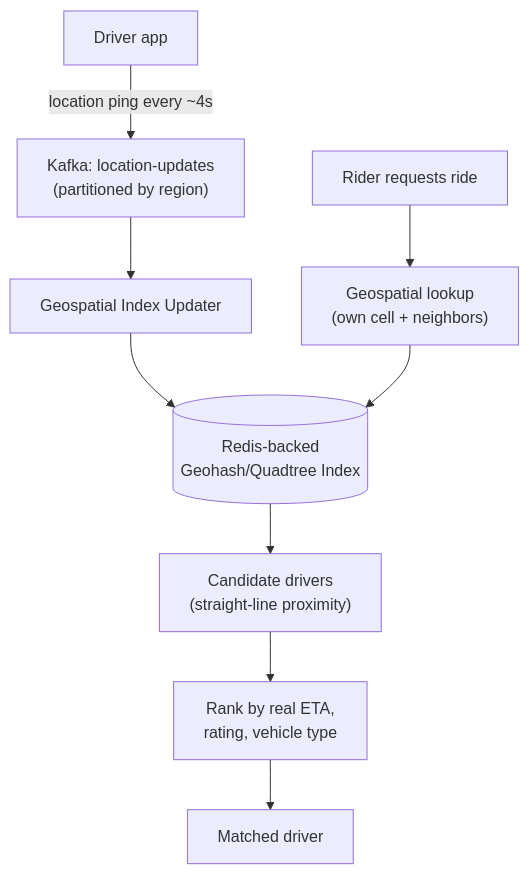
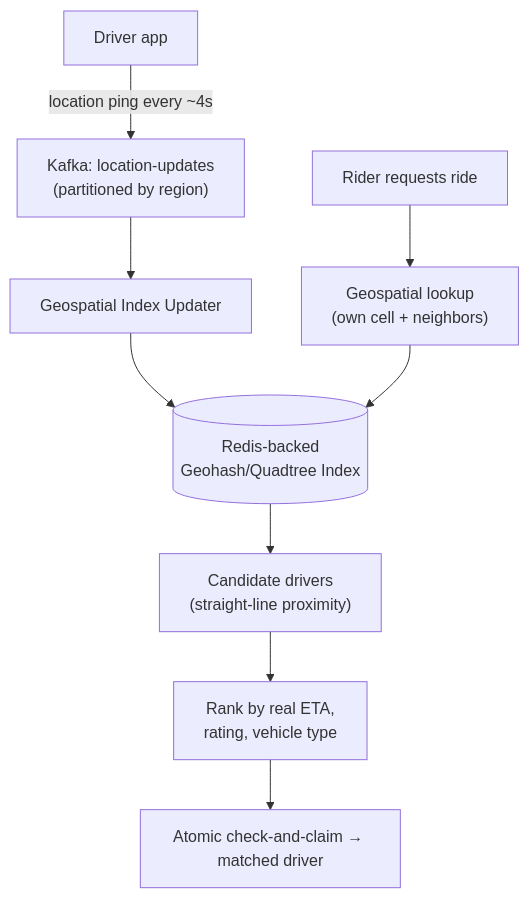
The second of 2 diagrams in System Design/HLD/10 - Design Uber/Design Uber.md (tarosh3/obsidian), drawn with Mermaid before and after one commit. The commit also changed other lines of this file and 30 other files, not shown here.

````diff
--- a/System Design/HLD/10 - Design Uber/Design Uber.md
+++ b/System Design/HLD/10 - Design Uber/Design Uber.md
@@ -63,12 +131,12 @@
 ```mermaid
 graph TD
     Driver["Driver app"] -->|"location ping every ~4s"| Kafka["Kafka: location-updates<br/>(partitioned by region)"]
     Kafka --> Indexer["Geospatial Index Updater"]
     Indexer --> GeoStore[("Redis-backed<br/>Geohash/Quadtree Index")]
 
     Rider["Rider requests ride"] --> Lookup["Geospatial lookup<br/>(own cell + neighbors)"]
     Lookup --> GeoStore
     GeoStore --> Candidates["Candidate drivers<br/>(straight-line proximity)"]
     Candidates --> Ranking["Rank by real ETA,<br/>rating, vehicle type"]
-    Ranking --> Match["Matched driver"]
+    Ranking --> Match["Atomic check-and-claim → matched driver"]
 ```
````
